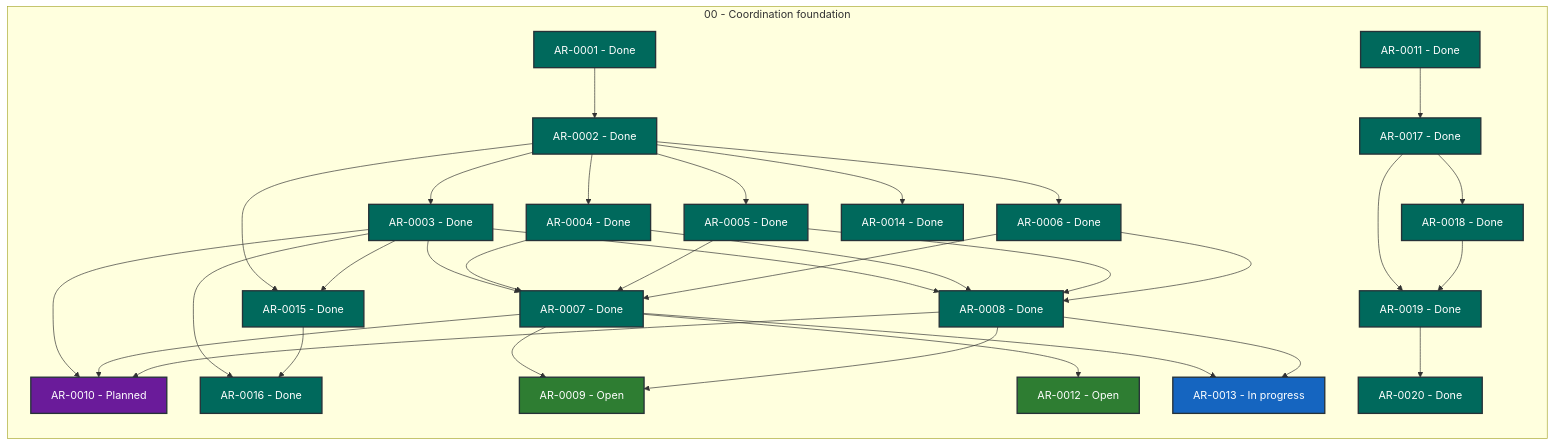
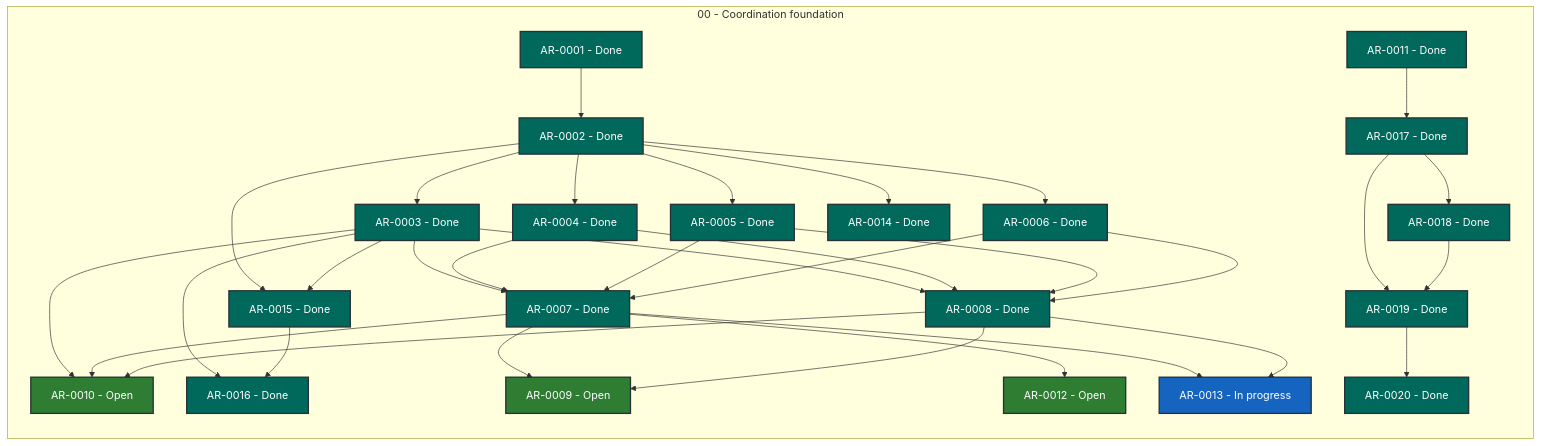
One commit to martin-beck/agent-workflow-coordinator-state changed the diagram in STATUS.md. Above: the diagram before and after it, drawn with Mermaid. The commit also changed other lines of this file and 2 other files, not shown here.

````diff
--- a/STATUS.md
+++ b/STATUS.md
@@ -27,65 +27,65 @@
 ```mermaid
 flowchart LR
     subgraph series_00["00 - Coordination foundation"]
         direction TB
         AR_0001["AR-0001 - Done"]:::status_done
         AR_0002["AR-0002 - Done"]:::status_done
         AR_0003["AR-0003 - Done"]:::status_done
         AR_0004["AR-0004 - Done"]:::status_done
         AR_0005["AR-0005 - Done"]:::status_done
         AR_0006["AR-0006 - Done"]:::status_done
         AR_0007["AR-0007 - Done"]:::status_done
         AR_0008["AR-0008 - Done"]:::status_done
         AR_0009["AR-0009 - Open"]:::status_open
-        AR_0010["AR-0010 - Planned"]:::status_planned
+        AR_0010["AR-0010 - Open"]:::status_open
         AR_0011["AR-0011 - Done"]:::status_done
         AR_0012["AR-0012 - Open"]:::status_open
         AR_0013["AR-0013 - In progress"]:::status_in_progress
         AR_0014["AR-0014 - Done"]:::status_done
         AR_0015["AR-0015 - Done"]:::status_done
         AR_0016["AR-0016 - Done"]:::status_done
         AR_0017["AR-0017 - Done"]:::status_done
         AR_0018["AR-0018 - Done"]:::status_done
         AR_0019["AR-0019 - Done"]:::status_done
         AR_0020["AR-0020 - Done"]:::status_done
     end
     AR_0001 --> AR_0002
     AR_0002 --> AR_0003
     AR_0002 --> AR_0004
     AR_0002 --> AR_0005
     AR_0002 --> AR_0006
     AR_0002 --> AR_0014
     AR_0002 --> AR_0015
     AR_0003 --> AR_0007
     AR_0003 --> AR_0008
     AR_0003 --> AR_0010
     AR_0003 --> AR_0015
     AR_0003 --> AR_0016
     AR_0004 --> AR_0007
     AR_0004 --> AR_0008
     AR_0005 --> AR_0007
     AR_0005 --> AR_0008
     AR_0006 --> AR_0007
     AR_0006 --> AR_0008
     AR_0007 --> AR_0009
     AR_0007 --> AR_0010
     AR_0007 --> AR_0012
     AR_0007 --> AR_0013
     AR_0008 --> AR_0009
     AR_0008 --> AR_0010
     AR_0008 --> AR_0013
     AR_0011 --> AR_0017
     AR_0015 --> AR_0016
     AR_0017 --> AR_0018
     AR_0017 --> AR_0019
     AR_0018 --> AR_0019
     AR_0019 --> AR_0020
     classDef status_in_progress fill:#1565c0,color:#ffffff,stroke:#263238,stroke-width:2px
     classDef status_open fill:#2e7d32,color:#ffffff,stroke:#263238,stroke-width:2px
     classDef status_blocked fill:#c62828,color:#ffffff,stroke:#263238,stroke-width:2px
     classDef status_planned fill:#6a1b9a,color:#ffffff,stroke:#263238,stroke-width:2px
     classDef status_future fill:#455a64,color:#ffffff,stroke:#263238,stroke-width:2px
     classDef status_done fill:#00695c,color:#ffffff,stroke:#263238,stroke-width:2px
     classDef status_cancelled fill:#616161,color:#ffffff,stroke:#263238,stroke-width:2px
     classDef status_superseded fill:#5d4037,color:#ffffff,stroke:#263238,stroke-width:2px
 ```
````
